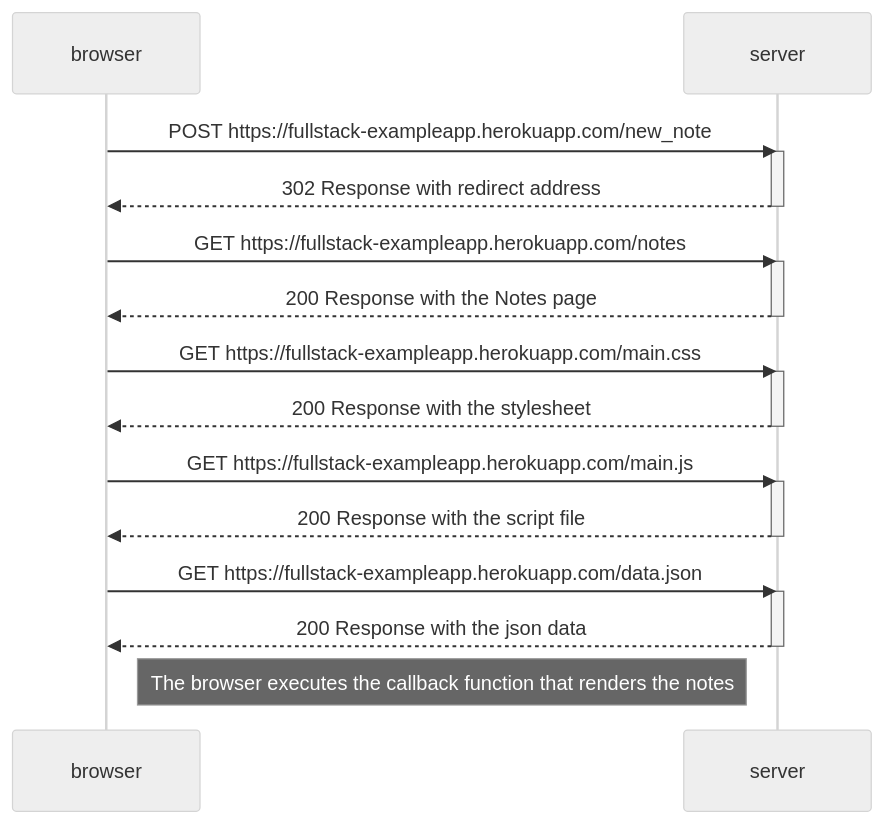
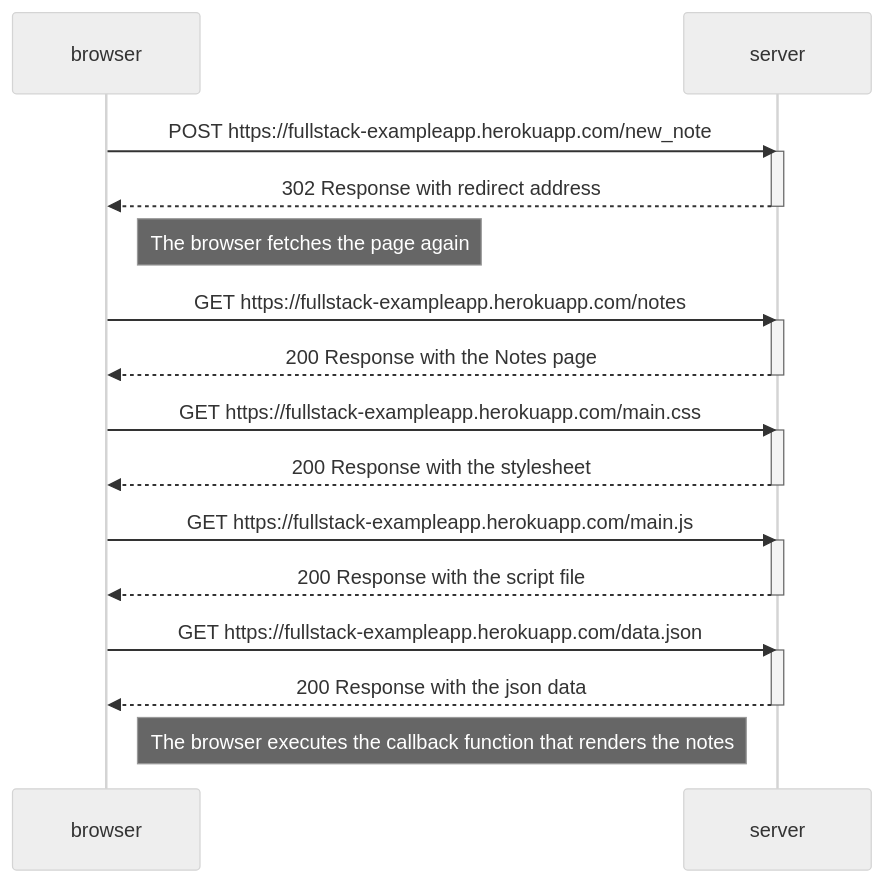
One commit to timgrindall/Phone-Book changed the diagram in mermaid.md. Above: the diagram before and after it, drawn with Mermaid (neutral theme).

Commit message:
Add note on browser fetching page after redirect
Add note about browser fetching the page again.

````diff
--- a/mermaid.md
+++ b/mermaid.md
@@ -1,32 +1,34 @@
 ```mermaid
 sequenceDiagram
     participant browser
     participant server
 
     browser->>server: POST https://fullstack-exampleapp.herokuapp.com/new_note
     activate server
     server-->>browser: 302 Response with redirect address
     deactivate server
+
+    Note right of browser: The browser fetches the page again
 
     browser->>server: GET https://fullstack-exampleapp.herokuapp.com/notes
     activate server
     server-->>browser: 200 Response with the Notes page
     deactivate server
 
     browser->>server: GET https://fullstack-exampleapp.herokuapp.com/main.css
     activate server
     server-->>browser: 200 Response with the stylesheet
     deactivate server
 
     browser->>server: GET https://fullstack-exampleapp.herokuapp.com/main.js
     activate server
     server-->>browser: 200 Response with the script file
     deactivate server
 
     browser->>server: GET https://fullstack-exampleapp.herokuapp.com/data.json
     activate server
     server-->>browser: 200 Response with the json data
     deactivate server
 
     Note right of browser: The browser executes the callback function that renders the notes
 ```
````
